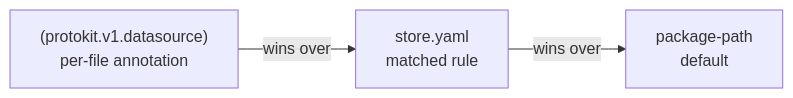
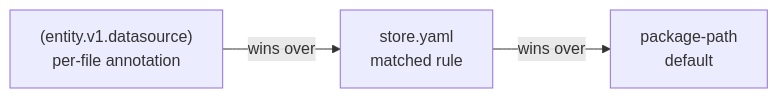
One commit to the-protobuf-project/store changed the fourth of 4 diagrams in README.md. Above: the diagram before and after it, drawn with Mermaid. The commit also changed other lines of this file and 242 other files, not shown here.

First line of the commit message:
feat: Introduce entity.v1 schema with table, column, and datasource options

````diff
--- a/README.md
+++ b/README.md
@@ -803,5 +815,5 @@
 ```mermaid
 flowchart LR
-    A["(protokit.v1.datasource)<br/>per-file annotation"] -->|wins over| B["store.yaml<br/>matched rule"]
+    A["(entity.v1.datasource)<br/>per-file annotation"] -->|wins over| B["store.yaml<br/>matched rule"]
     B -->|wins over| C["package-path<br/>default"]
 ```
````
